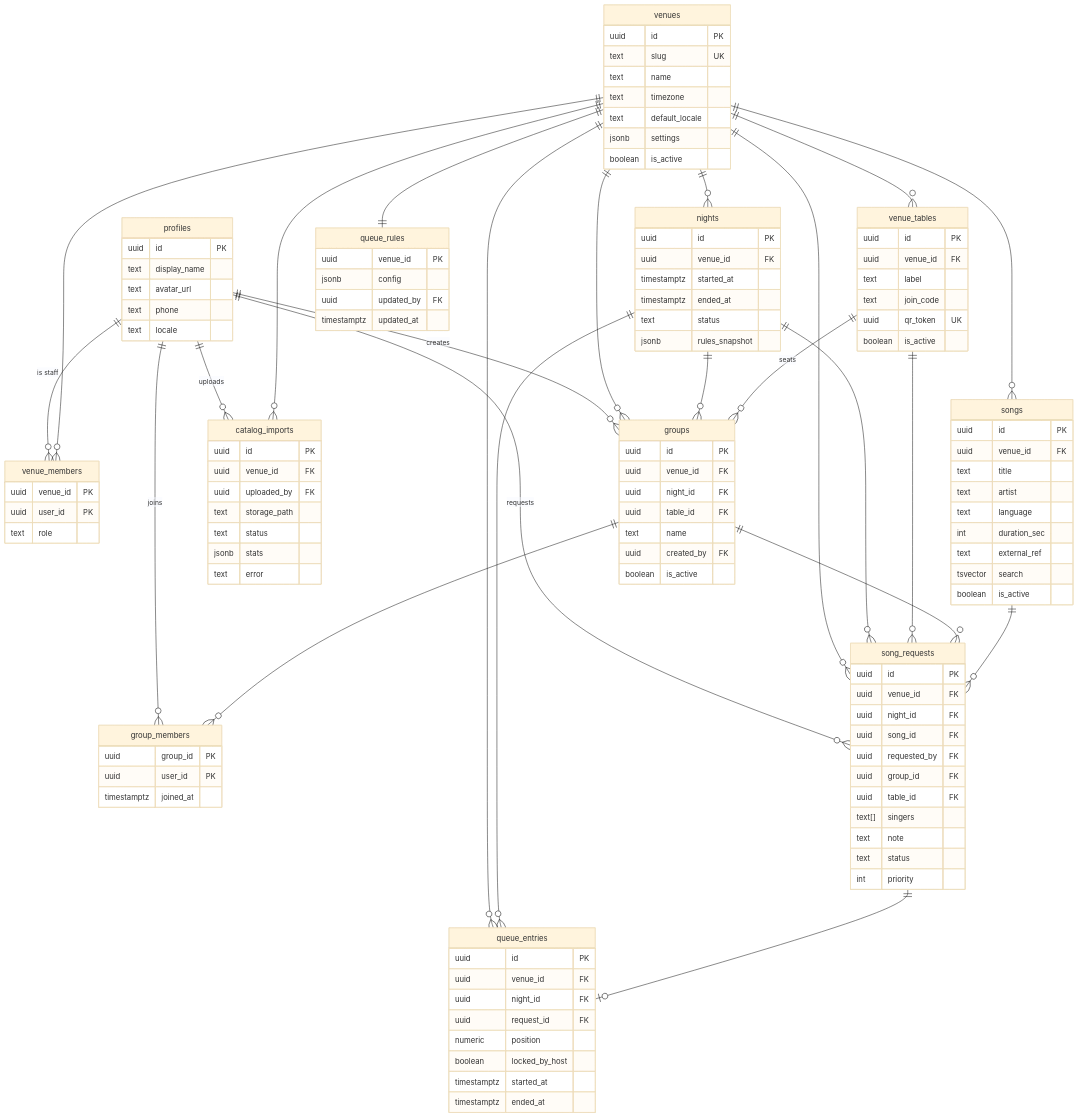
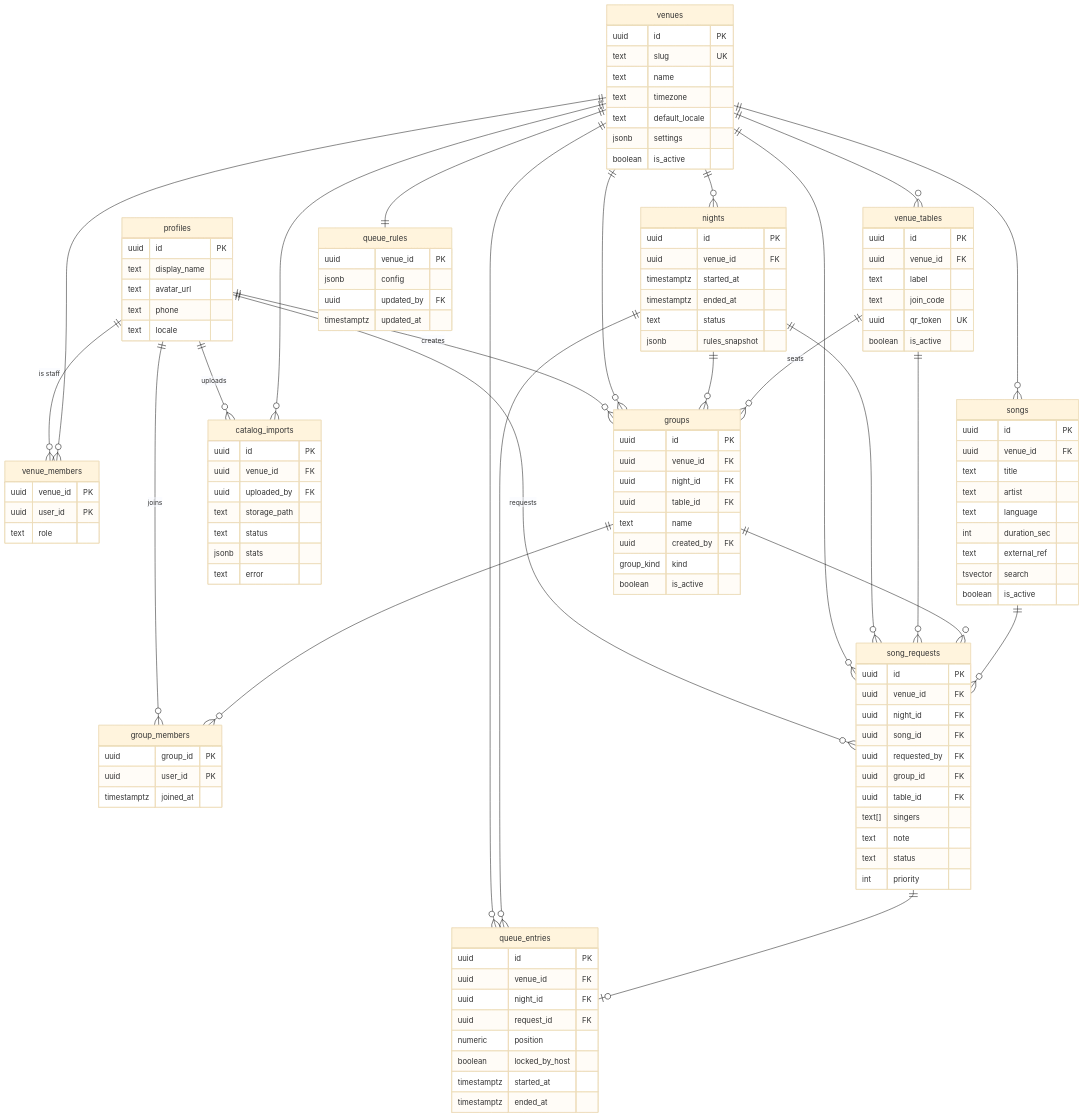
One commit to adihamoud/KJ_Ballenby changed the diagram in docs/DATA_MODEL.md. Above: the diagram before and after it, drawn with Mermaid (base theme). The commit also changed other lines of this file and 41 other files, not shown here.

First line of the commit message:
feat(core): table admin with QR codes, night control, guest join flow and groups

```diff
--- a/docs/DATA_MODEL.md
+++ b/docs/DATA_MODEL.md
@@ -311,6 +328,7 @@
         uuid table_id FK
         text name
         uuid created_by FK
+        group_kind kind
         boolean is_active
     }
     group_members {
```
